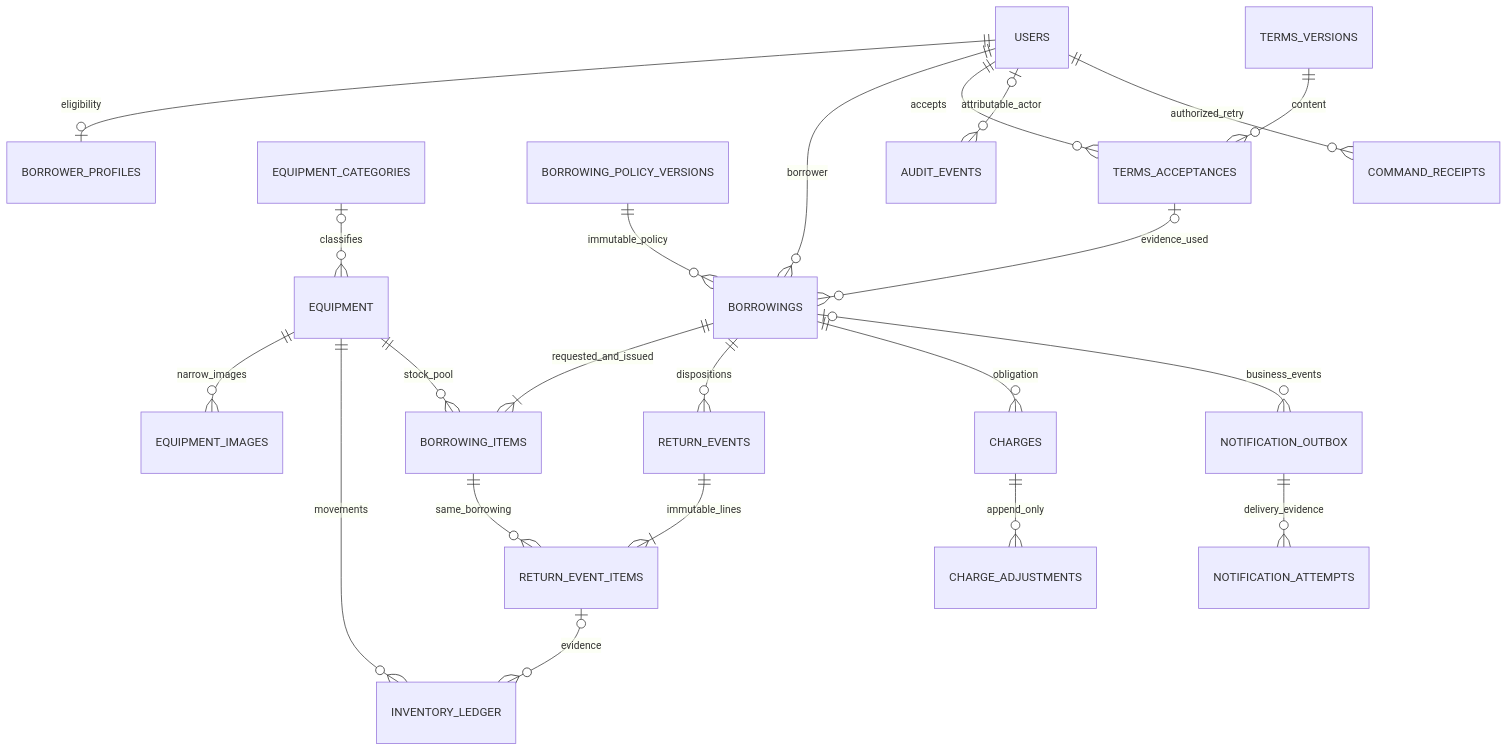
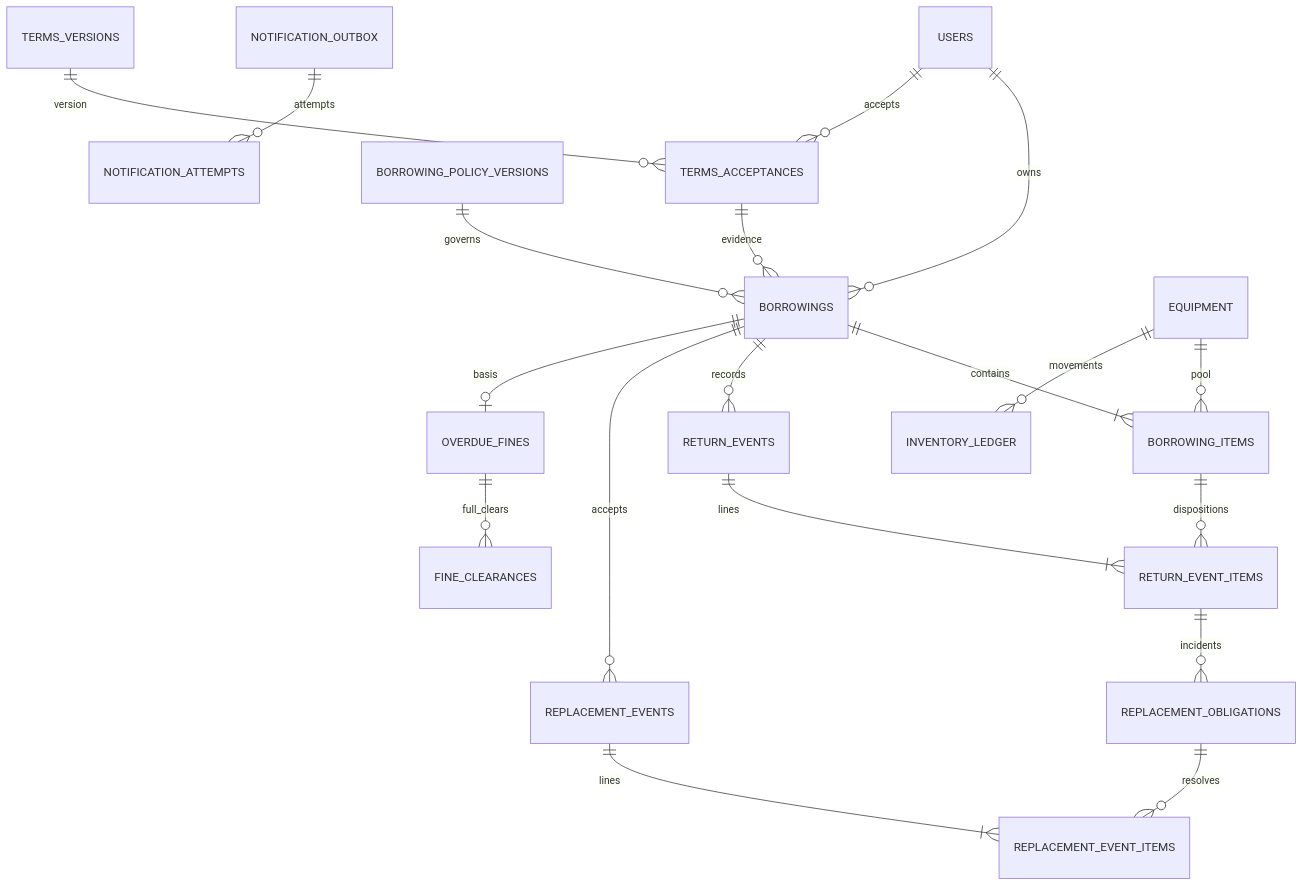
The diagram in docs/domain/DATA_MODEL.md (Maaku050/elabtrack-v2), drawn with Mermaid before and after one commit. The commit also changed other lines of this file and 13 other files, not shown here.

````diff
--- a/docs/domain/DATA_MODEL.md
+++ b/docs/domain/DATA_MODEL.md
@@ -139,24 +40,21 @@
 ```mermaid
 erDiagram
-    USERS ||--o| BORROWER_PROFILES : eligibility
-    USERS ||--o{ BORROWINGS : borrower
-    EQUIPMENT_CATEGORIES o|--o{ EQUIPMENT : classifies
-    EQUIPMENT ||--o{ EQUIPMENT_IMAGES : narrow_images
+    USERS ||--o{ BORROWINGS : owns
+    USERS ||--o{ TERMS_ACCEPTANCES : accepts
+    TERMS_VERSIONS ||--o{ TERMS_ACCEPTANCES : version
+    TERMS_ACCEPTANCES ||--o{ BORROWINGS : evidence
+    BORROWING_POLICY_VERSIONS ||--o{ BORROWINGS : governs
+    EQUIPMENT ||--o{ BORROWING_ITEMS : pool
     EQUIPMENT ||--o{ INVENTORY_LEDGER : movements
-    EQUIPMENT ||--o{ BORROWING_ITEMS : stock_pool
-    BORROWINGS ||--|{ BORROWING_ITEMS : requested_and_issued
-    BORROWINGS ||--o{ RETURN_EVENTS : dispositions
-    RETURN_EVENTS ||--|{ RETURN_EVENT_ITEMS : immutable_lines
-    BORROWING_ITEMS ||--o{ RETURN_EVENT_ITEMS : same_borrowing
-    RETURN_EVENT_ITEMS o|--o{ INVENTORY_LEDGER : evidence
-    BORROWING_POLICY_VERSIONS ||--o{ BORROWINGS : immutable_policy
-    TERMS_VERSIONS ||--o{ TERMS_ACCEPTANCES : content
-    USERS ||--o{ TERMS_ACCEPTANCES : accepts
-    TERMS_ACCEPTANCES o|--o{ BORROWINGS : evidence_used
-    BORROWINGS ||--o{ CHARGES : obligation
-    CHARGES ||--o{ CHARGE_ADJUSTMENTS : append_only
-    BORROWINGS o|--o{ NOTIFICATION_OUTBOX : business_events
-    NOTIFICATION_OUTBOX ||--o{ NOTIFICATION_ATTEMPTS : delivery_evidence
-    USERS o|--o{ AUDIT_EVENTS : attributable_actor
-    USERS ||--o{ COMMAND_RECEIPTS : authorized_retry
+    BORROWINGS ||--|{ BORROWING_ITEMS : contains
+    BORROWINGS ||--o{ RETURN_EVENTS : records
+    RETURN_EVENTS ||--|{ RETURN_EVENT_ITEMS : lines
+    BORROWING_ITEMS ||--o{ RETURN_EVENT_ITEMS : dispositions
+    RETURN_EVENT_ITEMS ||--o{ REPLACEMENT_OBLIGATIONS : incidents
+    BORROWINGS ||--o{ REPLACEMENT_EVENTS : accepts
+    REPLACEMENT_EVENTS ||--|{ REPLACEMENT_EVENT_ITEMS : lines
+    REPLACEMENT_OBLIGATIONS ||--o{ REPLACEMENT_EVENT_ITEMS : resolves
+    BORROWINGS ||--o| OVERDUE_FINES : basis
+    OVERDUE_FINES ||--o{ FINE_CLEARANCES : full_clears
+    NOTIFICATION_OUTBOX ||--o{ NOTIFICATION_ATTEMPTS : attempts
 ```
````
